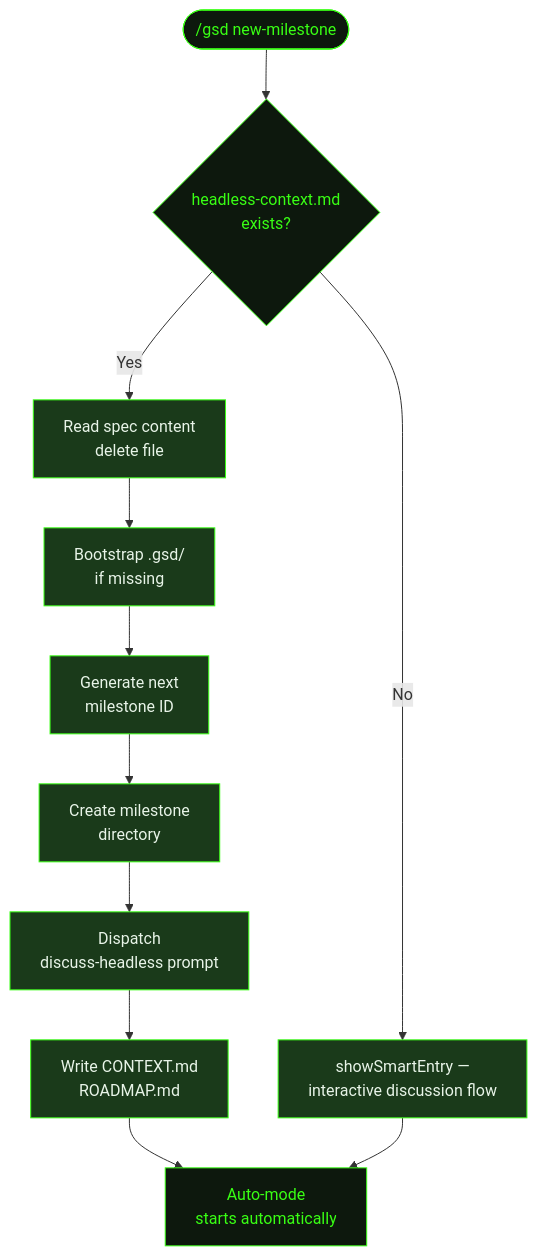
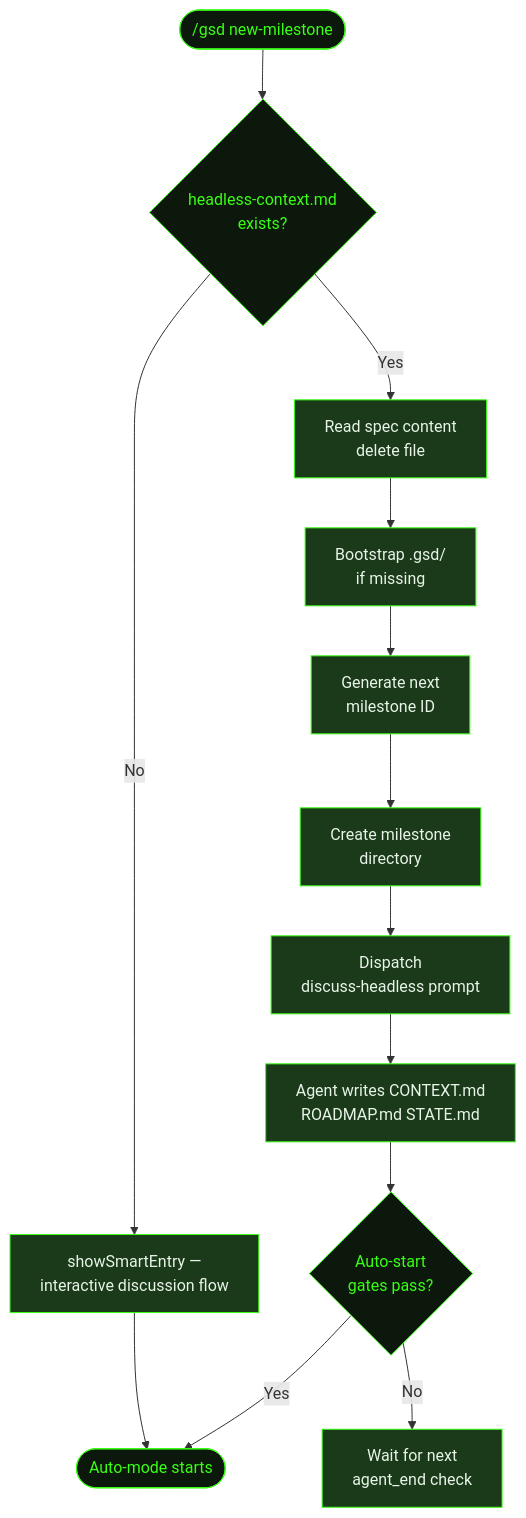
One commit to shusha-group/gsd2-guide changed the diagram in src/content/docs/commands/new-milestone.mdx. Above: the diagram before and after it, drawn with Mermaid. The commit also changed other lines of this file and 33 other files, not shown here.

````diff
--- a/src/content/docs/commands/new-milestone.mdx
+++ b/src/content/docs/commands/new-milestone.mdx
@@ -46,24 +46,28 @@
 ```mermaid
 flowchart TD
     Cmd(["/gsd new-milestone"]) --> Check{headless-context.md\nexists?}
     Check -->|Yes| Read[Read spec content\ndelete file]
     Read --> Bootstrap[Bootstrap .gsd/\nif missing]
     Bootstrap --> NextId[Generate next\nmilestone ID]
     NextId --> MkDir[Create milestone\ndirectory]
     MkDir --> Dispatch[Dispatch\ndiscuss-headless prompt]
-    Dispatch --> Write[Write CONTEXT.md\nROADMAP.md]
-    Write --> AutoStart[Auto-mode\nstarts automatically]
+    Dispatch --> Write[Agent writes CONTEXT.md\nROADMAP.md STATE.md]
+    Write --> Gates{Auto-start\ngates pass?}
+    Gates -->|Yes| AutoStart([Auto-mode starts])
+    Gates -->|No| Wait[Wait for next\nagent_end check]
     Check -->|No| SmartEntry[showSmartEntry —\ninteractive discussion flow]
     SmartEntry --> AutoStart
 
     style Cmd fill:#0d180d,stroke:#39ff14,color:#39ff14
     style Check fill:#0d180d,stroke:#39ff14,color:#39ff14
+    style Gates fill:#0d180d,stroke:#39ff14,color:#39ff14
     style Read fill:#1a3a1a,stroke:#39ff14,color:#e8f4e8
     style Bootstrap fill:#1a3a1a,stroke:#39ff14,color:#e8f4e8
     style NextId fill:#1a3a1a,stroke:#39ff14,color:#e8f4e8
     style MkDir fill:#1a3a1a,stroke:#39ff14,color:#e8f4e8
     style Dispatch fill:#1a3a1a,stroke:#39ff14,color:#e8f4e8
     style Write fill:#1a3a1a,stroke:#39ff14,color:#e8f4e8
+    style Wait fill:#1a3a1a,stroke:#39ff14,color:#e8f4e8
     style AutoStart fill:#0d180d,stroke:#39ff14,color:#39ff14
     style SmartEntry fill:#1a3a1a,stroke:#39ff14,color:#e8f4e8
 ```
````
